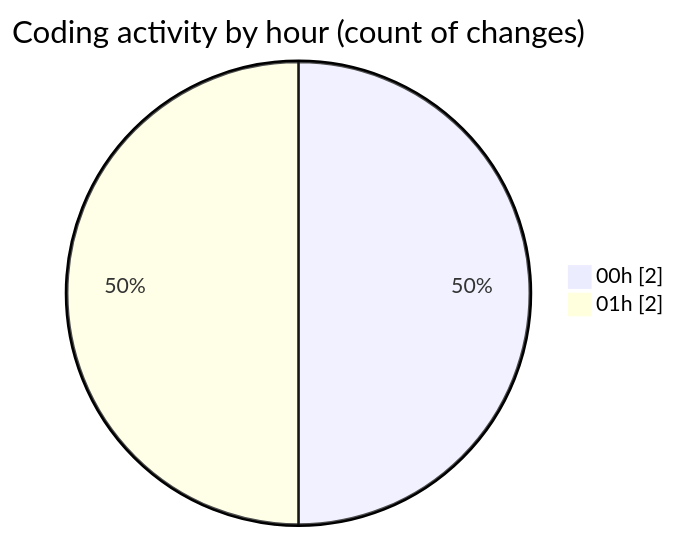
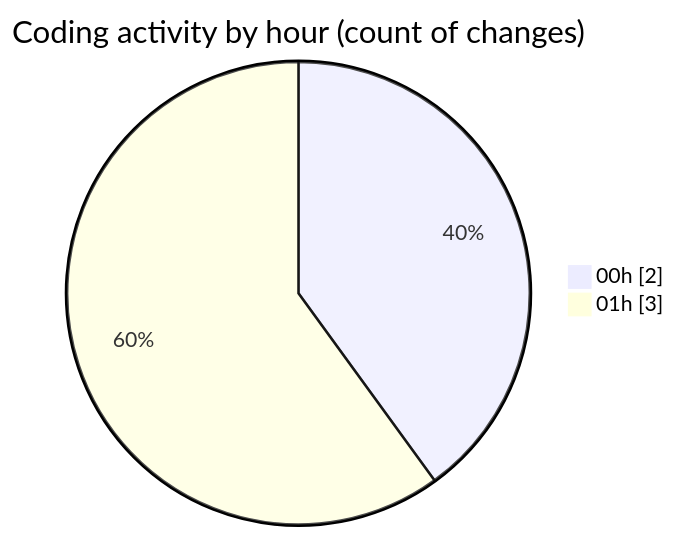
One commit to lephambinh05/code-tracking changed the second of 2 diagrams in 2025-08-08/studybuddy/README.md. Above: the diagram before and after it, drawn with Mermaid. The commit also changed other lines of this file and 1 other file, not shown here.

````diff
--- a/2025-08-08/studybuddy/README.md
+++ b/2025-08-08/studybuddy/README.md
@@ -29,6 +31,6 @@
 ```mermaid
 pie showData
 title Coding activity by hour (count of changes)
 "00h" : 2
-"01h" : 2
+"01h" : 3
 ```
````
